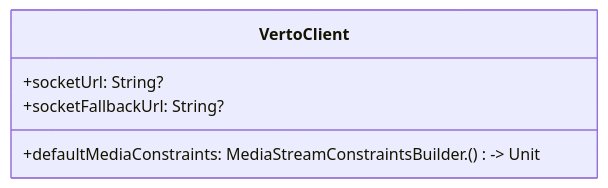
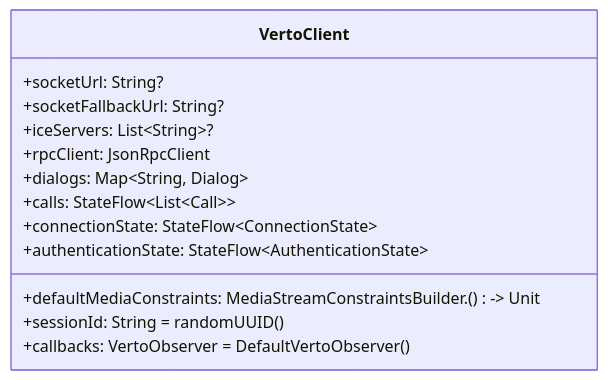
One commit to bjenning04/foam changed the second of 2 diagrams in verto-design.md. Above: the diagram before and after it, drawn with Mermaid.

Commit message:
May 4, 2026, 4:11 PM

````diff
--- a/verto-design.md
+++ b/verto-design.md
@@ -76,8 +76,17 @@
 ```mermaid
 classDiagram
     class VertoClient {
         +socketUrl: String?
         +socketFallbackUrl: String?
         +defaultMediaConstraints: MediaStreamConstraintsBuilder.() -> Unit
+        +iceServers: List~String~?
+        +sessionId: String = randomUUID()
+        +callbacks: VertoObserver = DefaultVertoObserver()
+        +rpcClient: JsonRpcClient
+        +dialogs: Map~String, Dialog~
+        +calls: StateFlow~List~Call~~
+        +connectionState: StateFlow~ConnectionState~
+        +authenticationState: StateFlow~AuthenticationState~
+        
     }
 ```
````
